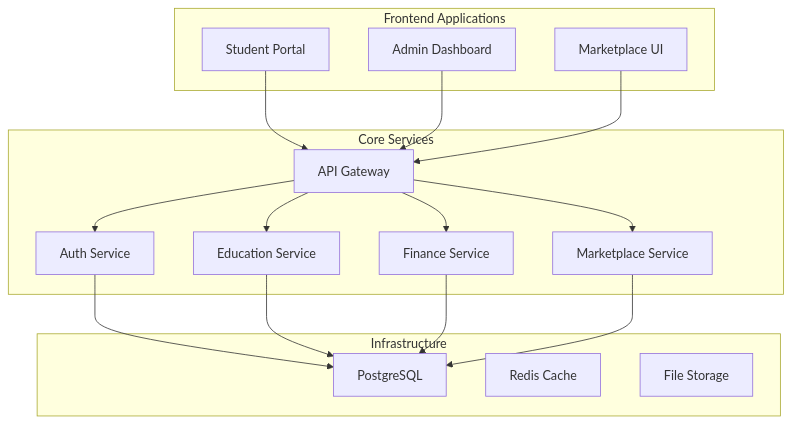
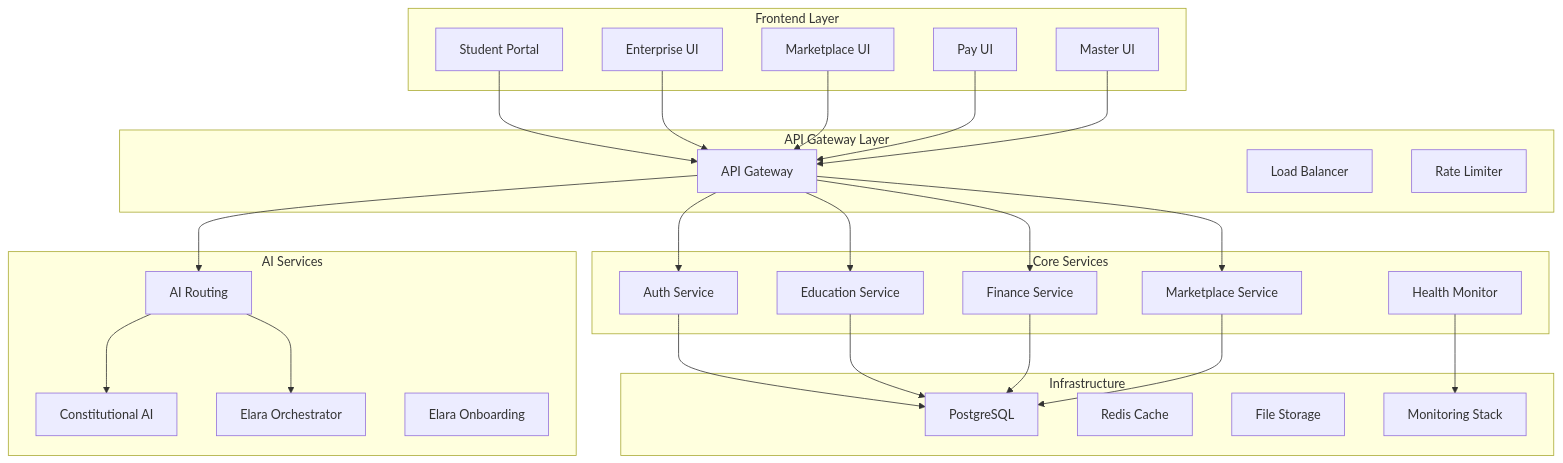
The diagram in README.md (Azora-OS/azora), drawn with Mermaid before and after one commit. The commit also changed other lines of this file and 2919 other files, not shown here.

````diff
--- a/README.md
+++ b/README.md
@@ -120,34 +143,56 @@
 ```mermaid
 graph TB
-    subgraph "Frontend Applications"
+    subgraph "Frontend Layer"
         A[Student Portal]
-        B[Admin Dashboard]
+        B[Enterprise UI]
         C[Marketplace UI]
+        D[Pay UI]
+        E[Master UI]
+    end
+    
+    subgraph "API Gateway Layer"
+        F[API Gateway]
+        G[Load Balancer]
+        H[Rate Limiter]
     end
     
     subgraph "Core Services"
-        D[API Gateway]
-        E[Auth Service]
-        F[Education Service]
-        G[Finance Service]
-        H[Marketplace Service]
+        I[Auth Service]
+        J[Education Service]
+        K[Finance Service]
+        L[Marketplace Service]
+        M[Health Monitor]
+    end
+    
+    subgraph "AI Services"
+        N[AI Routing]
+        O[Constitutional AI]
+        P[Elara Orchestrator]
+        Q[Elara Onboarding]
     end
     
     subgraph "Infrastructure"
-        I[PostgreSQL]
-        J[Redis Cache]
-        K[File Storage]
+        R[PostgreSQL]
+        S[Redis Cache]
+        T[File Storage]
+        U[Monitoring Stack]
     end
     
-    A --> D
-    B --> D
-    C --> D
-    D --> E
+    A --> F
+    B --> F
+    C --> F
     D --> F
-    D --> G
-    D --> H
-    E --> I
+    E --> F
     F --> I
-    G --> I
-    H --> I
+    F --> J
+    F --> K
+    F --> L
+    F --> N
+    I --> R
+    J --> R
+    K --> R
+    L --> R
+    N --> O
+    N --> P
+    M --> U
 ```
````
